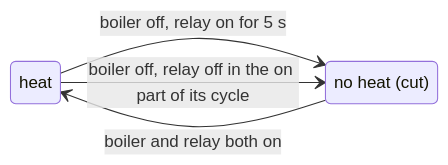
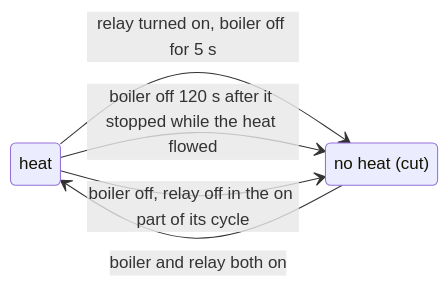
Before and after one commit to Shadow-230/vtherm_smartpi: the diagram in documentation/en/technical_doc.md, drawn with Mermaid. The commit also changed other lines of this file and 4 other files, not shown here.

````diff
--- a/documentation/en/technical_doc.md
+++ b/documentation/en/technical_doc.md
@@ -659,9 +668,10 @@
 ```mermaid
 stateDiagram-v2
     direction LR
     state "heat" as heat
     state "no heat (cut)" as cut
-    heat --> cut: boiler off, relay on for 5 s
+    heat --> cut: relay turned on, boiler off for 5 s
+    heat --> cut: boiler off 120 s after it stopped while the heat flowed
     heat --> cut: boiler off, relay off in the on part of its cycle
     cut --> heat: boiler and relay both on
 ```
````
